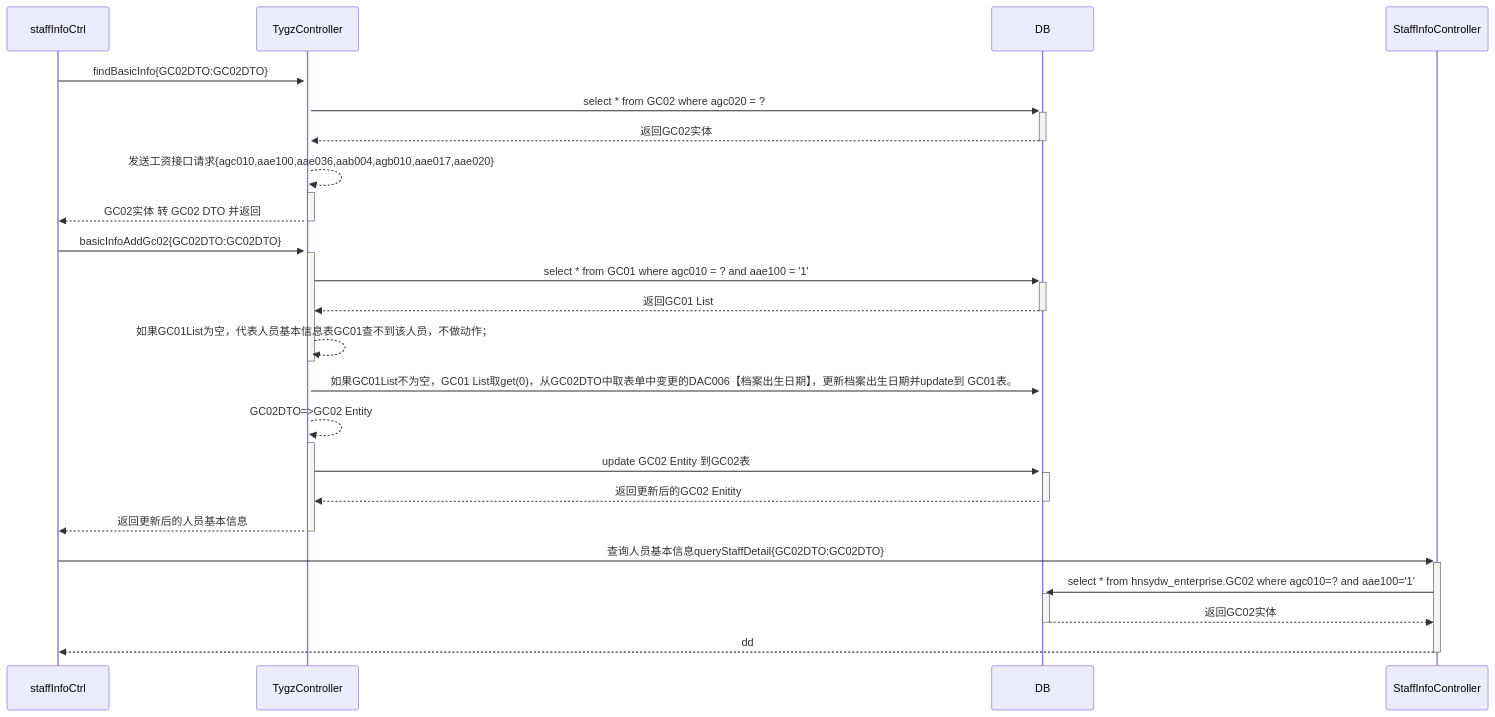
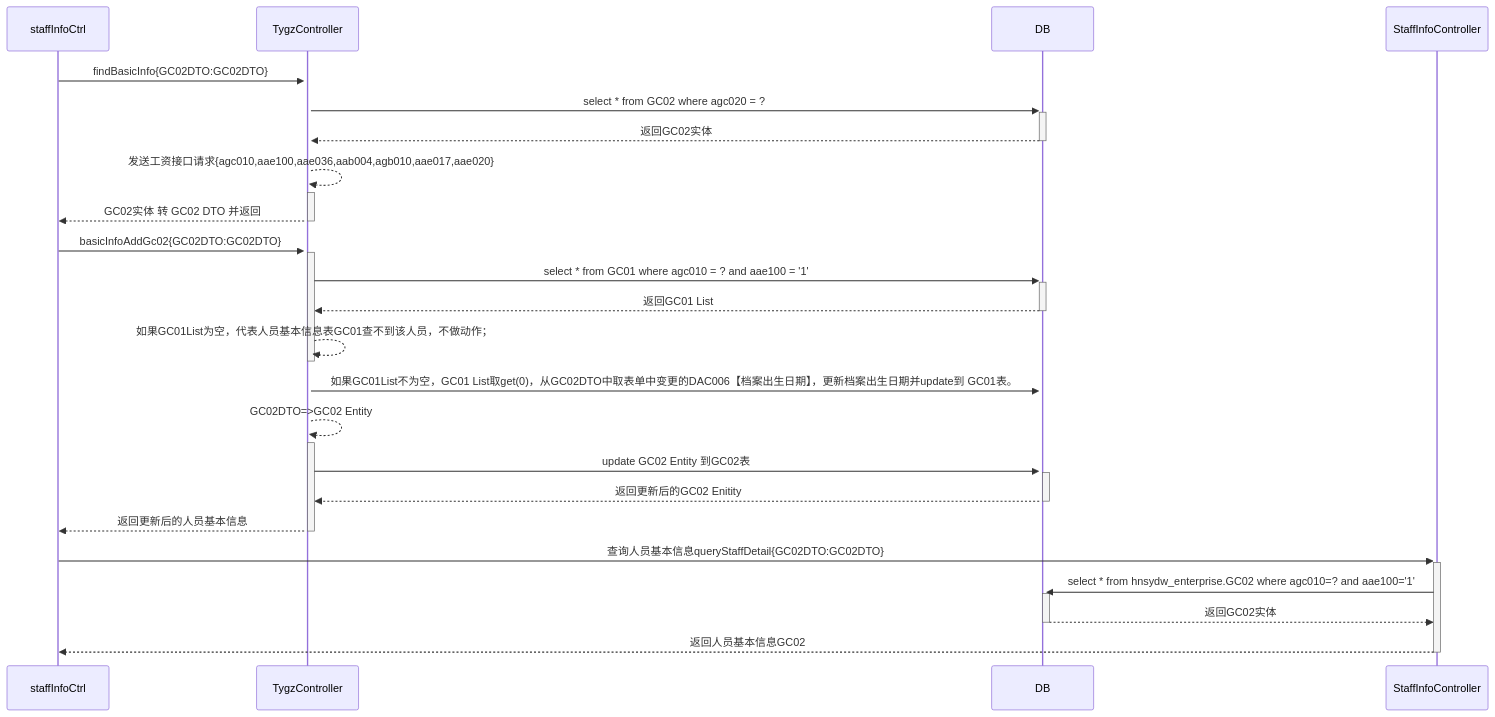
One commit to ZhangJianBeiJing/iodraw-files changed the diagram in all/保存按钮调用业务流程.md. Above: the diagram before and after it, drawn with Mermaid.

Commit message:
2025-03-24 18:38:45 update

````diff
--- a/all/保存按钮调用业务流程.md
+++ b/all/保存按钮调用业务流程.md
@@ -1,23 +1,23 @@
 ```mermaid
 sequenceDiagram
     staffInfoCtrl->>+TygzController:findBasicInfo{GC02DTO:GC02DTO}
     TygzController->>+DB:select * from GC02 where agc020 = ?
     DB-->>-TygzController:返回GC02实体
     TygzController-->>+TygzController:发送工资接口请求{agc010,aae100,aae036,aab004,agb010,aae017,aae020}
     TygzController-->>-staffInfoCtrl:GC02实体 转 GC02 DTO 并返回
 
     staffInfoCtrl->>+TygzController:basicInfoAddGc02{GC02DTO:GC02DTO}
     TygzController->>+DB:select * from GC01 where agc010 = ? and aae100 = '1'
     DB-->>-TygzController:返回GC01 List
     TygzController-->>-TygzController:如果GC01List为空，代表人员基本信息表GC01查不到该人员，不做动作；
     TygzController->>+DB:如果GC01List不为空，GC01 List取get(0)，从GC02DTO中取表单中变更的DAC006【档案出生日期】，更新档案出生日期并update到 GC01表。
     TygzController-->>+TygzController:GC02DTO=>GC02 Entity
     TygzController->>+DB:update GC02 Entity 到GC02表
     DB-->>-TygzController:返回更新后的GC02 Enitity
     TygzController-->>-staffInfoCtrl:返回更新后的人员基本信息
 
     staffInfoCtrl->>+StaffInfoController:查询人员基本信息queryStaffDetail{GC02DTO:GC02DTO}
     StaffInfoController->>+DB:select * from hnsydw_enterprise.GC02 where agc010=? and aae100='1'
     DB-->>-StaffInfoController:返回GC02实体
-    StaffInfoController-->>-staffInfoCtrl:dd
+    StaffInfoController-->>-staffInfoCtrl:返回人员基本信息GC02
 ```
````
